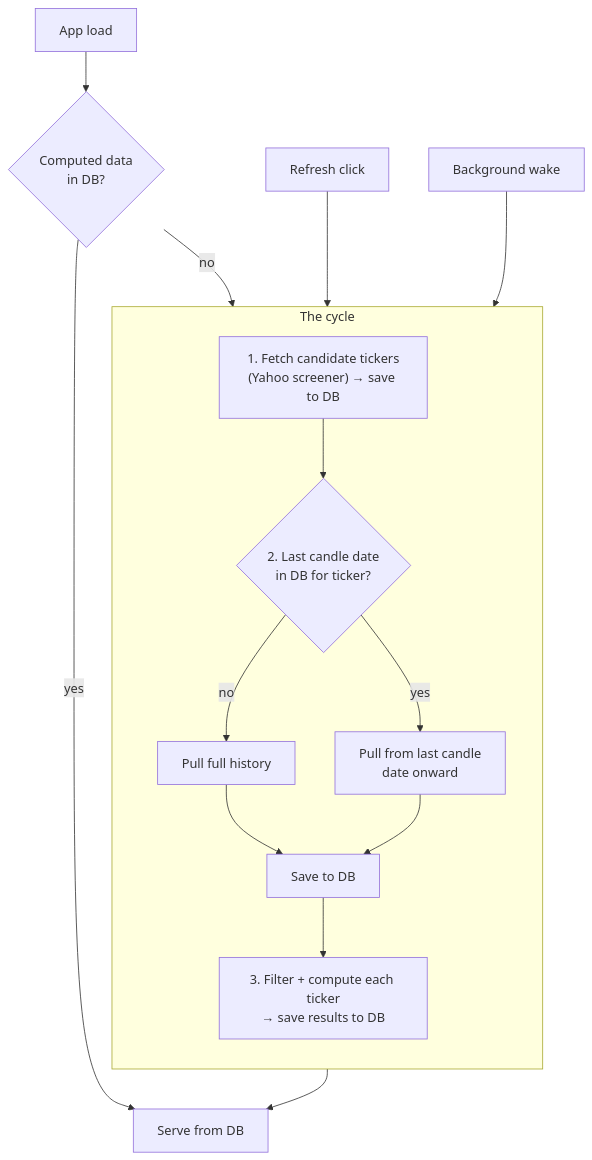
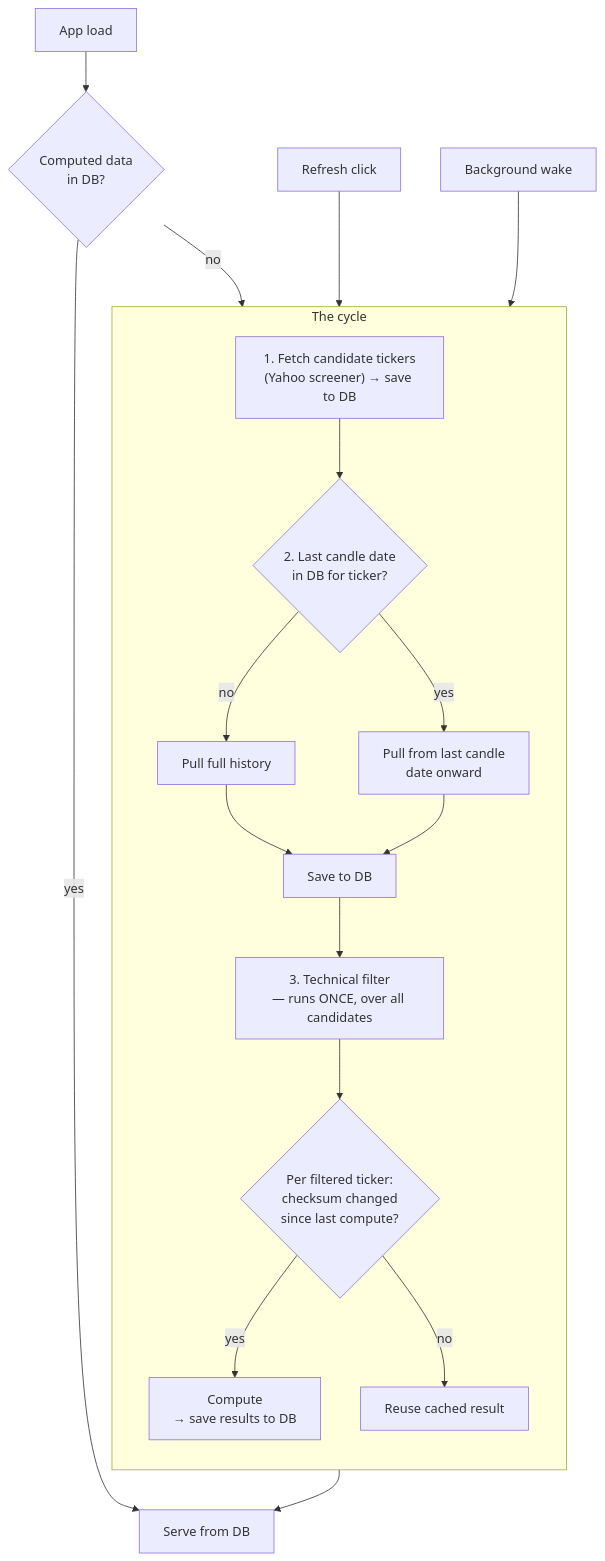
One commit to phemmyadot/koil changed the diagram in webapp/SCREENING_FETCH_REFACTOR.md. Above: the diagram before and after it, drawn with Mermaid. The commit also changed other lines of this file, not shown here.

````diff
--- a/webapp/SCREENING_FETCH_REFACTOR.md
+++ b/webapp/SCREENING_FETCH_REFACTOR.md
@@ -16,25 +18,30 @@
 ```mermaid
 flowchart TD
     load["App load"] --> check{"Computed data\nin DB?"}
     check -->|yes| serve["Serve from DB"]
     check -->|no| cycle
 
     refresh["Refresh click"] --> cycle
     wake["Background wake"] --> cycle
 
     subgraph cycle ["The cycle"]
         direction TB
         s1["1. Fetch candidate tickers\n(Yahoo screener) → save to DB"]
         s2check{"2. Last candle date\nin DB for ticker?"}
         s2full["Pull full history"]
         s2gap["Pull from last candle\ndate onward"]
         s2save["Save to DB"]
-        s3["3. Filter + compute each ticker\n→ save results to DB"]
+        s3filt["3. Technical filter\n— runs ONCE, over all candidates"]
+        s3check{"Per filtered ticker:\nchecksum changed\nsince last compute?"}
+        s3compute["Compute\n→ save results to DB"]
+        s3reuse["Reuse cached result"]
         s1 --> s2check
         s2check -->|no| s2full --> s2save
         s2check -->|yes| s2gap --> s2save
-        s2save --> s3
+        s2save --> s3filt --> s3check
+        s3check -->|yes| s3compute
+        s3check -->|no| s3reuse
     end
 
     cycle --> serve
 ```
````
